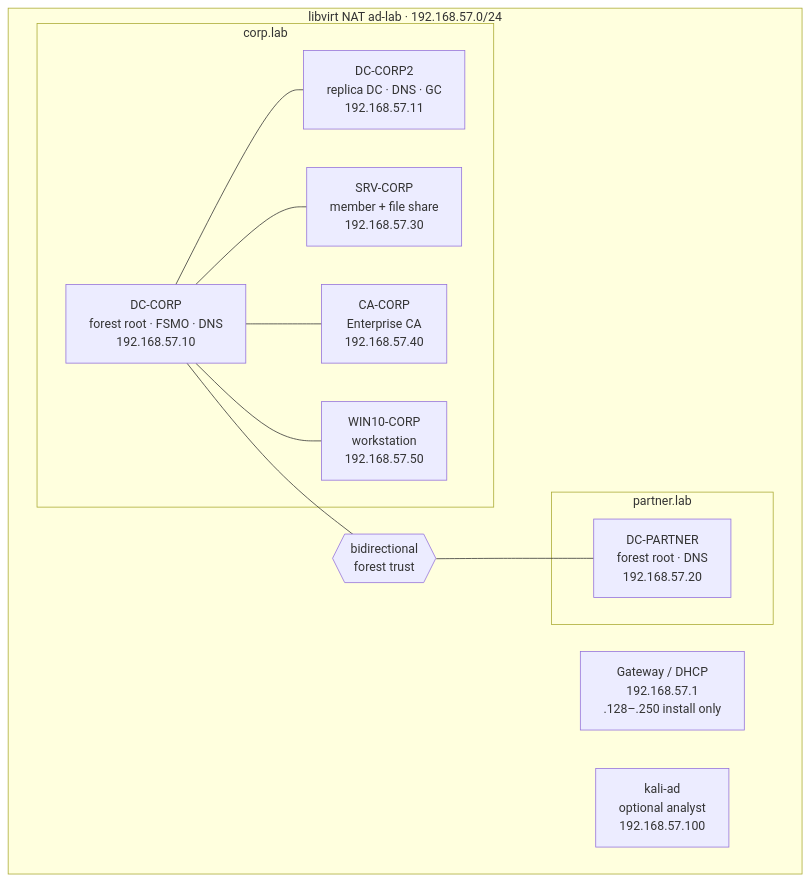
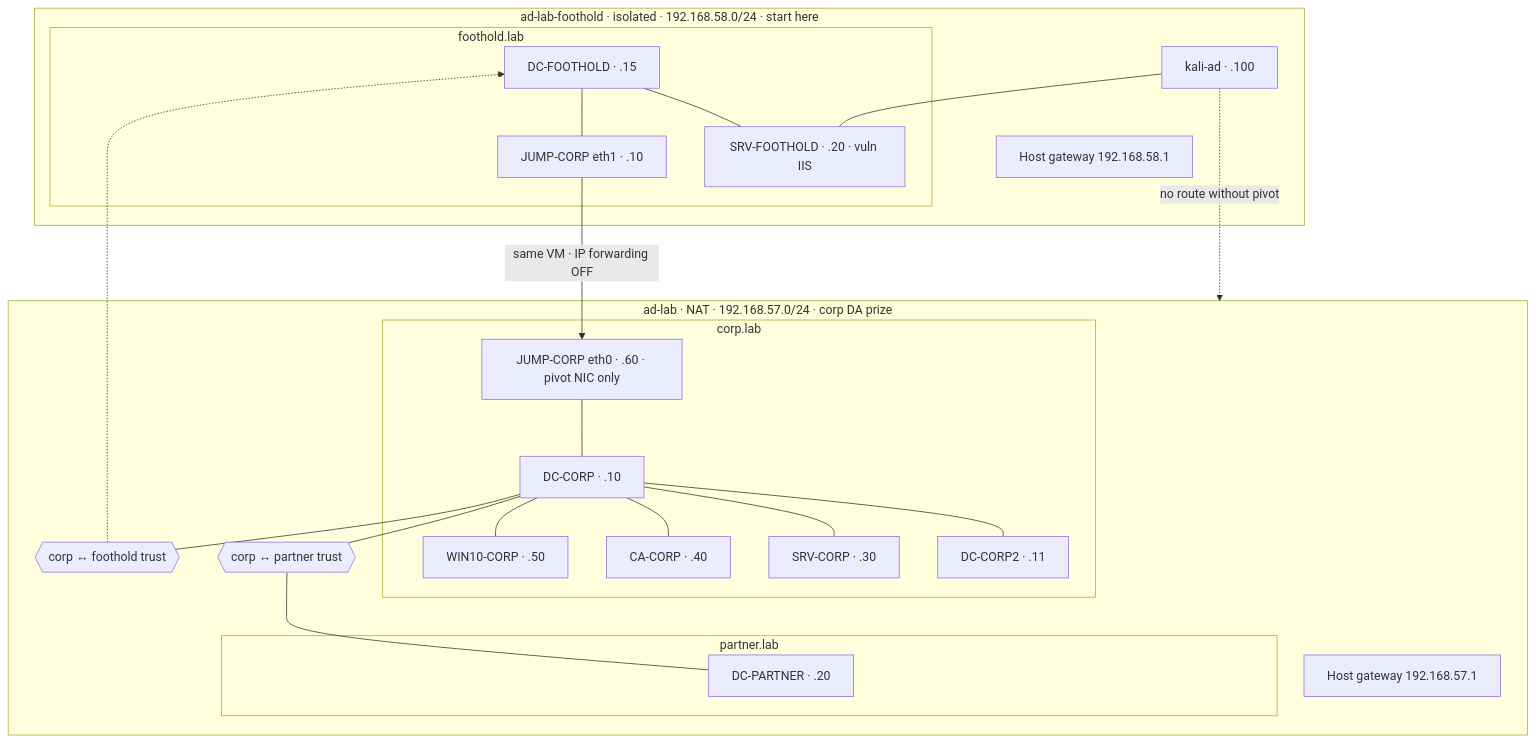
The diagram in README.md (BuildAndDestroy/active-directory-lab), drawn with Mermaid before and after one commit. The commit also changed other lines of this file and 19 other files, not shown here.

First line of the commit message:
Add foothold.lab forest with pivot path and vulnerable IIS host.

````diff
--- a/README.md
+++ b/README.md
@@ -11,28 +15,47 @@
 ```mermaid
 flowchart TB
-  subgraph net["libvirt NAT ad-lab · 192.168.57.0/24"]
-    gw["Gateway / DHCP<br/>192.168.57.1<br/>.128–.250 install only"]
+  subgraph footholdNet["ad-lab-foothold · isolated · 192.168.58.0/24 · start here"]
+    gw58["Host gateway 192.168.58.1"]
+    kali["kali-ad · .100"]
+    subgraph fhForest["foothold.lab"]
+      dcfh["DC-FOOTHOLD · .15"]
+      srvfh["SRV-FOOTHOLD · .20 · vuln IIS"]
+      jump58["JUMP-CORP eth1 · .10"]
+      dcfh --- srvfh
+      dcfh --- jump58
+    end
+    kali --- srvfh
+  end
+
+  subgraph corpNet["ad-lab · NAT · 192.168.57.0/24 · corp DA prize"]
+    gw57["Host gateway 192.168.57.1"]
+    jump57["JUMP-CORP eth0 · .60 · pivot NIC only"]
 
     subgraph corp["corp.lab"]
-      dc1["DC-CORP<br/>forest root · FSMO · DNS<br/>192.168.57.10"]
-      dc2["DC-CORP2<br/>replica DC · DNS · GC<br/>192.168.57.11"]
-      srv["SRV-CORP<br/>member + file share<br/>192.168.57.30"]
-      ca["CA-CORP<br/>Enterprise CA<br/>192.168.57.40"]
-      w10["WIN10-CORP<br/>workstation<br/>192.168.57.50"]
+      dc1["DC-CORP · .10"]
+      dc2["DC-CORP2 · .11"]
+      srv["SRV-CORP · .30"]
+      ca["CA-CORP · .40"]
+      w10["WIN10-CORP · .50"]
       dc1 --- dc2
       dc1 --- srv
       dc1 --- ca
       dc1 --- w10
+      jump57 --- dc1
     end
 
     subgraph partner["partner.lab"]
-      dcp["DC-PARTNER<br/>forest root · DNS<br/>192.168.57.20"]
+      dcp["DC-PARTNER · .20"]
     end
 
-    kali["kali-ad<br/>optional analyst<br/>192.168.57.100"]
+    trustPartner{{"corp ↔ partner trust"}}
+    trustFh{{"corp ↔ foothold trust"}}
+    dc1 --- trustPartner
+    trustPartner --- dcp
+    dc1 --- trustFh
+  end
 
-    trust{{"bidirectional<br/>forest trust"}}
-    dc1 --- trust
-    trust --- dcp
-  end
+  kali -.->|"no route without pivot"| corpNet
+  jump58 -->|"same VM · IP forwarding OFF"| jump57
+  trustFh -.-> dcfh
 ```
````
